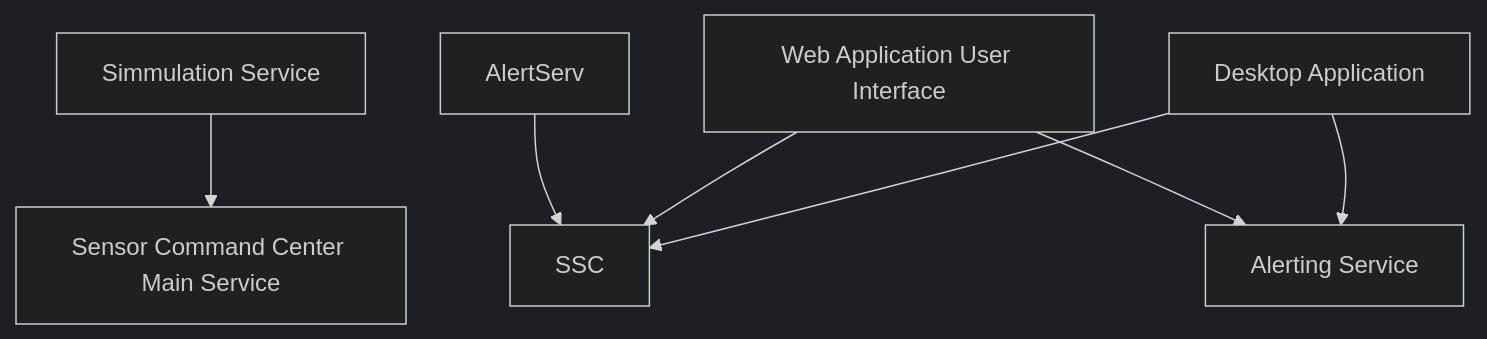
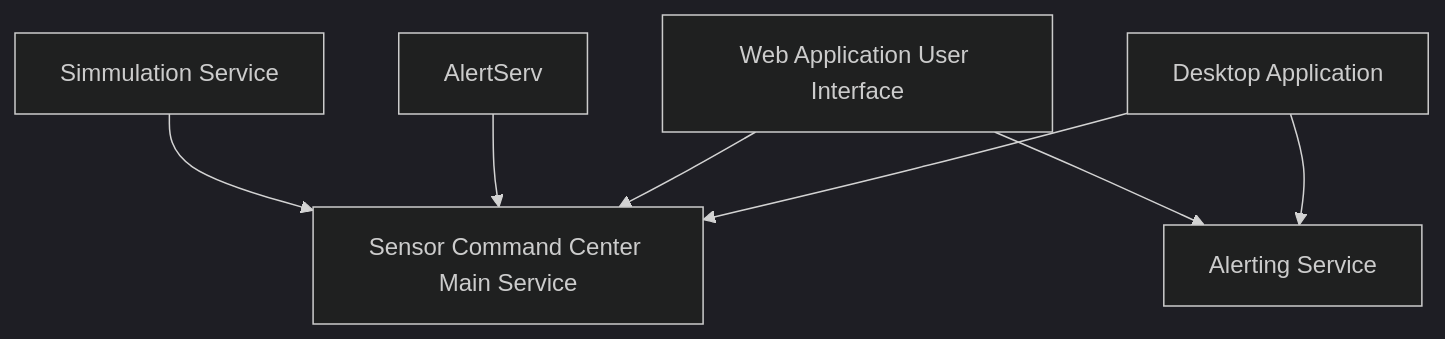
Before and after one commit to CharisGrubb/SensorCommandCenter: the diagram in Documentation/Service_Structure.md, drawn with Mermaid (dark theme).

Commit message:
fixed ssc-scc misspelling

````diff
--- a/Documentation/Service_Structure.md
+++ b/Documentation/Service_Structure.md
@@ -4,24 +4,25 @@
 ```mermaid
 
 
 flowchart TD
 
 
 
     SimServ[Simmulation Service]
+
     SCC[Sensor Command Center Main Service]
-  
     AlertServe[Alerting Service]
+    
     webUI[Web Application User Interface]
     desktopApp[Desktop Application]
 
     SimServ --> SCC
-    AlertServ --> SSC
+    AlertServ --> SCC
     
-    webUI --> SSC
+    webUI --> SCC
     webUI --> AlertServe
 
-    desktopApp --> SSC
+    desktopApp --> SCC
     desktopApp --> AlertServe
-    
+
 ```
````
